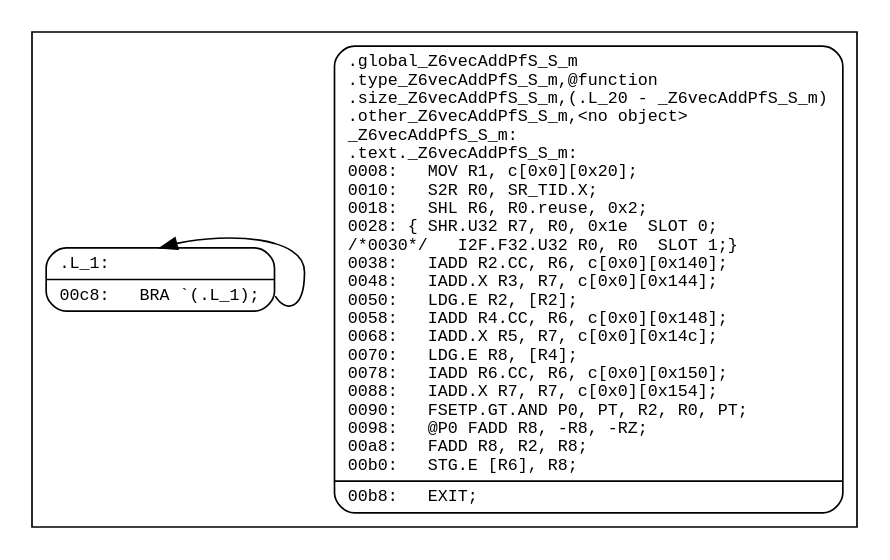
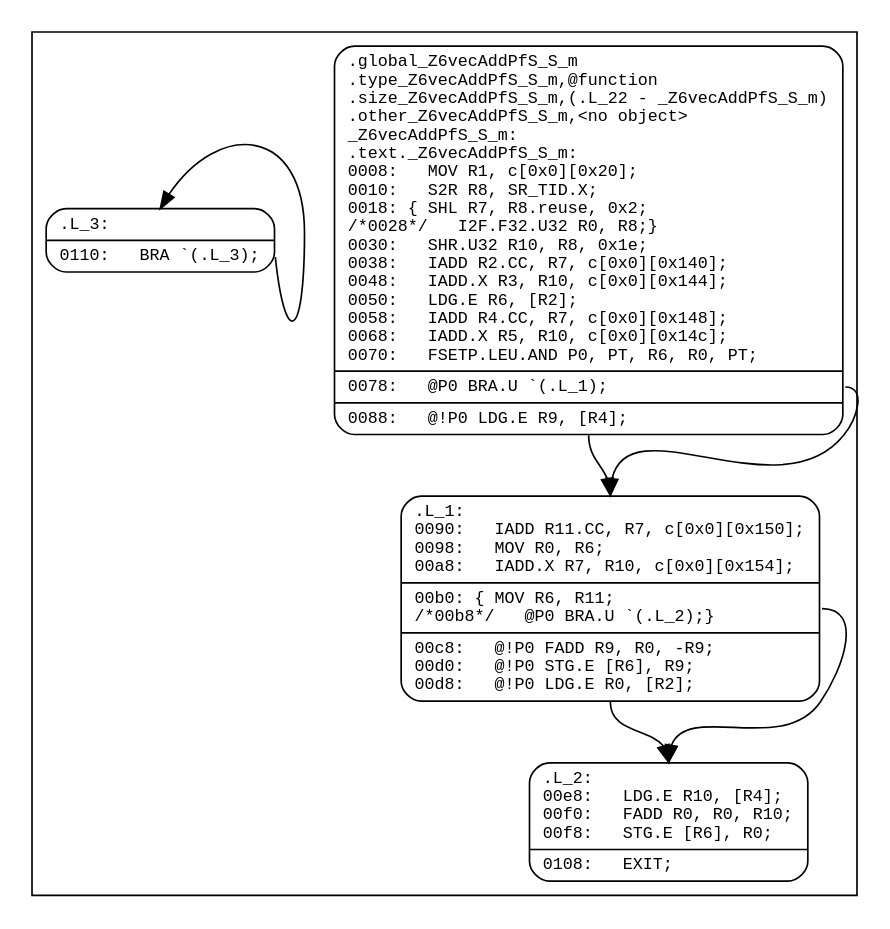
One commit to Jokeren/hpctoolkit-gpu-samples changed the diagram in utils/read_graphviz/data/loop3.dot. Above: the diagram before and after it, drawn with Graphviz. The commit also changed 1 other file, not shown here.

```diff
--- a/utils/read_graphviz/data/loop3.dot
+++ b/utils/read_graphviz/data/loop3.dot
@@ -1,11 +1,21 @@
 digraph f {
 subgraph "cluster__Z6vecAddPfS_S_m" {
 node [fontname="Courier",fontsize=10,shape=Mrecord];
 "_Z6vecAddPfS_S_m"
-[label="{<entry>	.global		_Z6vecAddPfS_S_m\l	.type		_Z6vecAddPfS_S_m,@function\l	.size		_Z6vecAddPfS_S_m,(.L_20\ -\ _Z6vecAddPfS_S_m)\l	.other		_Z6vecAddPfS_S_m,\<no\ object\>\l_Z6vecAddPfS_S_m:\l.text._Z6vecAddPfS_S_m:\l0008:\ \ \ MOV\ R1,\ c\[0x0\]\[0x20\];\l0010:\ \ \ S2R\ R0,\ SR_TID.X;\l0018:\ \ \ SHL\ R6,\ R0.reuse,\ 0x2;\l0028:\ \{\ SHR.U32\ R7,\ R0,\ 0x1e\ \ SLOT\ 0;\l/*0030*/\ \ \ I2F.F32.U32\ R0,\ R0\ \ SLOT\ 1;\}\l0038:\ \ \ IADD\ R2.CC,\ R6,\ c\[0x0\]\[0x140\];\l0048:\ \ \ IADD.X\ R3,\ R7,\ c\[0x0\]\[0x144\];\l0050:\ \ \ LDG.E\ R2,\ \[R2\];\l0058:\ \ \ IADD\ R4.CC,\ R6,\ c\[0x0\]\[0x148\];\l0068:\ \ \ IADD.X\ R5,\ R7,\ c\[0x0\]\[0x14c\];\l0070:\ \ \ LDG.E\ R8,\ \[R4\];\l0078:\ \ \ IADD\ R6.CC,\ R6,\ c\[0x0\]\[0x150\];\l0088:\ \ \ IADD.X\ R7,\ R7,\ c\[0x0\]\[0x154\];\l0090:\ \ \ FSETP.GT.AND\ P0,\ PT,\ R2,\ R0,\ PT;\l0098:\ \ \ @P0\ FADD\ R8,\ -R8,\ -RZ;\l00a8:\ \ \ FADD\ R8,\ R2,\ R8;\l00b0:\ \ \ STG.E\ \[R6\],\ R8;\l|<exit0>00b8:\ \ \ EXIT;\l}"]
+[label="{<entry>	.global		_Z6vecAddPfS_S_m\l	.type		_Z6vecAddPfS_S_m,@function\l	.size		_Z6vecAddPfS_S_m,(.L_22\ -\ _Z6vecAddPfS_S_m)\l	.other		_Z6vecAddPfS_S_m,\<no\ object\>\l_Z6vecAddPfS_S_m:\l.text._Z6vecAddPfS_S_m:\l0008:\ \ \ MOV\ R1,\ c\[0x0\]\[0x20\];\l0010:\ \ \ S2R\ R8,\ SR_TID.X;\l0018:\ \{\ SHL\ R7,\ R8.reuse,\ 0x2;\l/*0028*/\ \ \ I2F.F32.U32\ R0,\ R8;\}\l0030:\ \ \ SHR.U32\ R10,\ R8,\ 0x1e;\l0038:\ \ \ IADD\ R2.CC,\ R7,\ c\[0x0\]\[0x140\];\l0048:\ \ \ IADD.X\ R3,\ R10,\ c\[0x0\]\[0x144\];\l0050:\ \ \ LDG.E\ R6,\ \[R2\];\l0058:\ \ \ IADD\ R4.CC,\ R7,\ c\[0x0\]\[0x148\];\l0068:\ \ \ IADD.X\ R5,\ R10,\ c\[0x0\]\[0x14c\];\l0070:\ \ \ FSETP.LEU.AND\ P0,\ PT,\ R6,\ R0,\ PT;\l|<exit0>0078:\ \ \ @P0\ BRA.U\ `(.L_1);\l|<exitpost0>0088:\ \ \ @!P0\ LDG.E\ R9,\ \[R4\];\l}"]
+"_Z6vecAddPfS_S_m":exit0:e -> ".L_1":entry:n [style=solid];
+"_Z6vecAddPfS_S_m":exitpost0:s -> ".L_1":entry:n [style=solid];
 node [fontname="Courier",fontsize=10,shape=Mrecord];
 ".L_1"
-[label="{<entry>.L_1:\l|<exit0>00c8:\ \ \ BRA\ `(.L_1);\l}"]
-".L_1":exit0:e -> ".L_1":entry:n [style=solid];
+[label="{<entry>.L_1:\l0090:\ \ \ IADD\ R11.CC,\ R7,\ c\[0x0\]\[0x150\];\l0098:\ \ \ MOV\ R0,\ R6;\l00a8:\ \ \ IADD.X\ R7,\ R10,\ c\[0x0\]\[0x154\];\l|<exit0>00b0:\ \{\ MOV\ R6,\ R11;\l/*00b8*/\ \ \ @P0\ BRA.U\ `(.L_2);\}\l|<exitpost0>00c8:\ \ \ @!P0\ FADD\ R9,\ R0,\ -R9;\l00d0:\ \ \ @!P0\ STG.E\ \[R6\],\ R9;\l00d8:\ \ \ @!P0\ LDG.E\ R0,\ \[R2\];\l}"]
+".L_1":exit0:e -> ".L_2":entry:n [style=solid];
+".L_1":exitpost0:s -> ".L_2":entry:n [style=solid];
+node [fontname="Courier",fontsize=10,shape=Mrecord];
+".L_2"
+[label="{<entry>.L_2:\l00e8:\ \ \ LDG.E\ R10,\ \[R4\];\l00f0:\ \ \ FADD\ R0,\ R0,\ R10;\l00f8:\ \ \ STG.E\ \[R6\],\ R0;\l|<exit0>0108:\ \ \ EXIT;\l}"]
+node [fontname="Courier",fontsize=10,shape=Mrecord];
+".L_3"
+[label="{<entry>.L_3:\l|<exit0>0110:\ \ \ BRA\ `(.L_3);\l}"]
+".L_3":exit0:e -> ".L_3":entry:n [style=solid];
 }
 }
```
